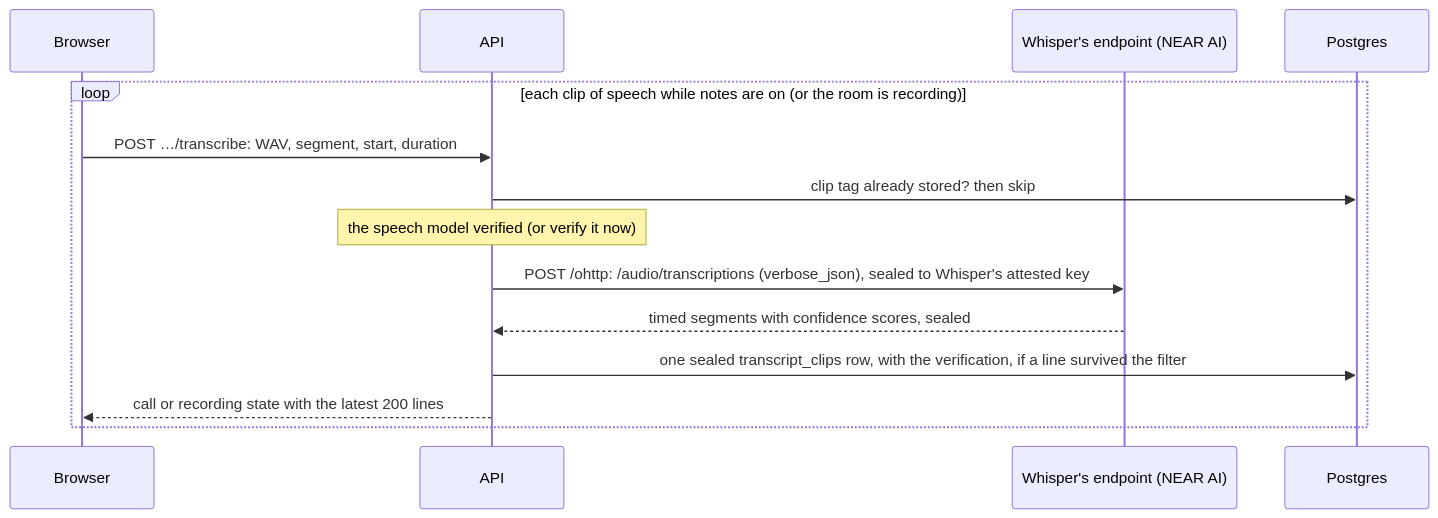
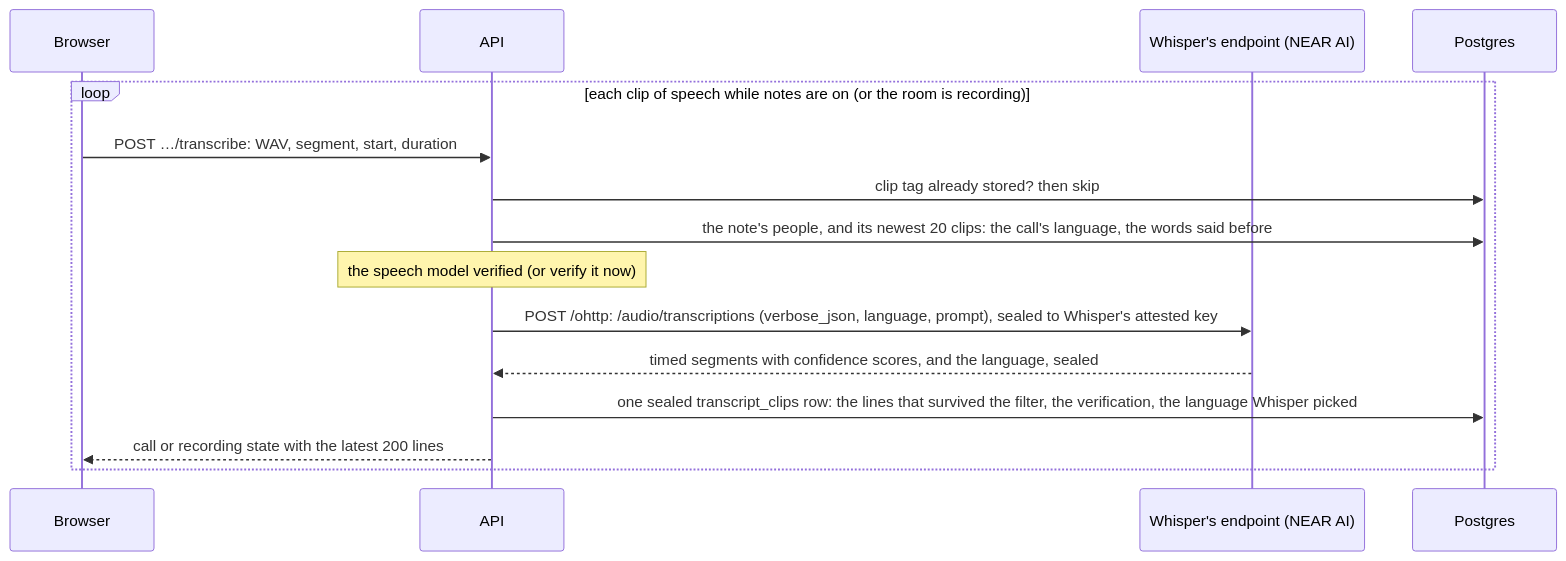
Before and after one commit to thebakedalaskan/alcove-solutions: the diagram in docs/engineering/notes-and-inference.md, drawn with Mermaid. The commit also changed other lines of this file and 5 other files, not shown here.

First line of the commit message:
feat(transcripts): send Whisper the call's language and a prompt once its clips agree

````diff
--- a/docs/engineering/notes-and-inference.md
+++ b/docs/engineering/notes-and-inference.md
@@ -166,16 +166,17 @@
 ```mermaid
 sequenceDiagram
     participant B as Browser
     participant A as API
     participant N as Whisper's endpoint (NEAR AI)
     participant D as Postgres
     loop each clip of speech while notes are on (or the room is recording)
       B->>A: POST …/transcribe: WAV, segment, start, duration
       A->>D: clip tag already stored? then skip
+      A->>D: the note's people, and its newest 20 clips: the call's language, the words said before
       Note over A: the speech model verified (or verify it now)
-      A->>N: POST /ohttp: /audio/transcriptions (verbose_json), sealed to Whisper's attested key
-      N-->>A: timed segments with confidence scores, sealed
-      A->>D: one sealed transcript_clips row, with the verification, if a line survived the filter
+      A->>N: POST /ohttp: /audio/transcriptions (verbose_json, language, prompt), sealed to Whisper's attested key
+      N-->>A: timed segments with confidence scores, and the language, sealed
+      A->>D: one sealed transcript_clips row: the lines that survived the filter, the verification, the language Whisper picked
       A-->>B: call or recording state with the latest 200 lines
     end
 ```
````
